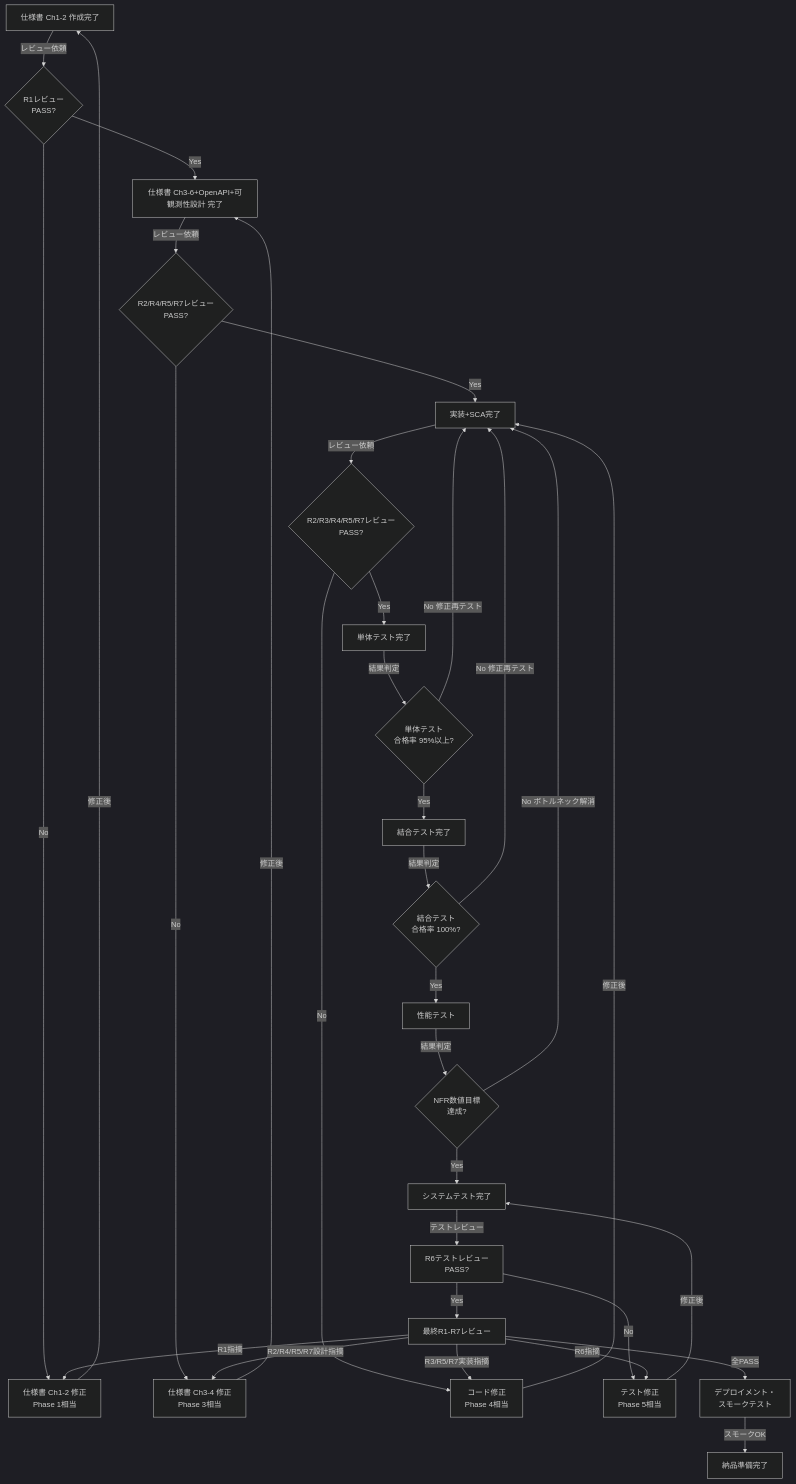
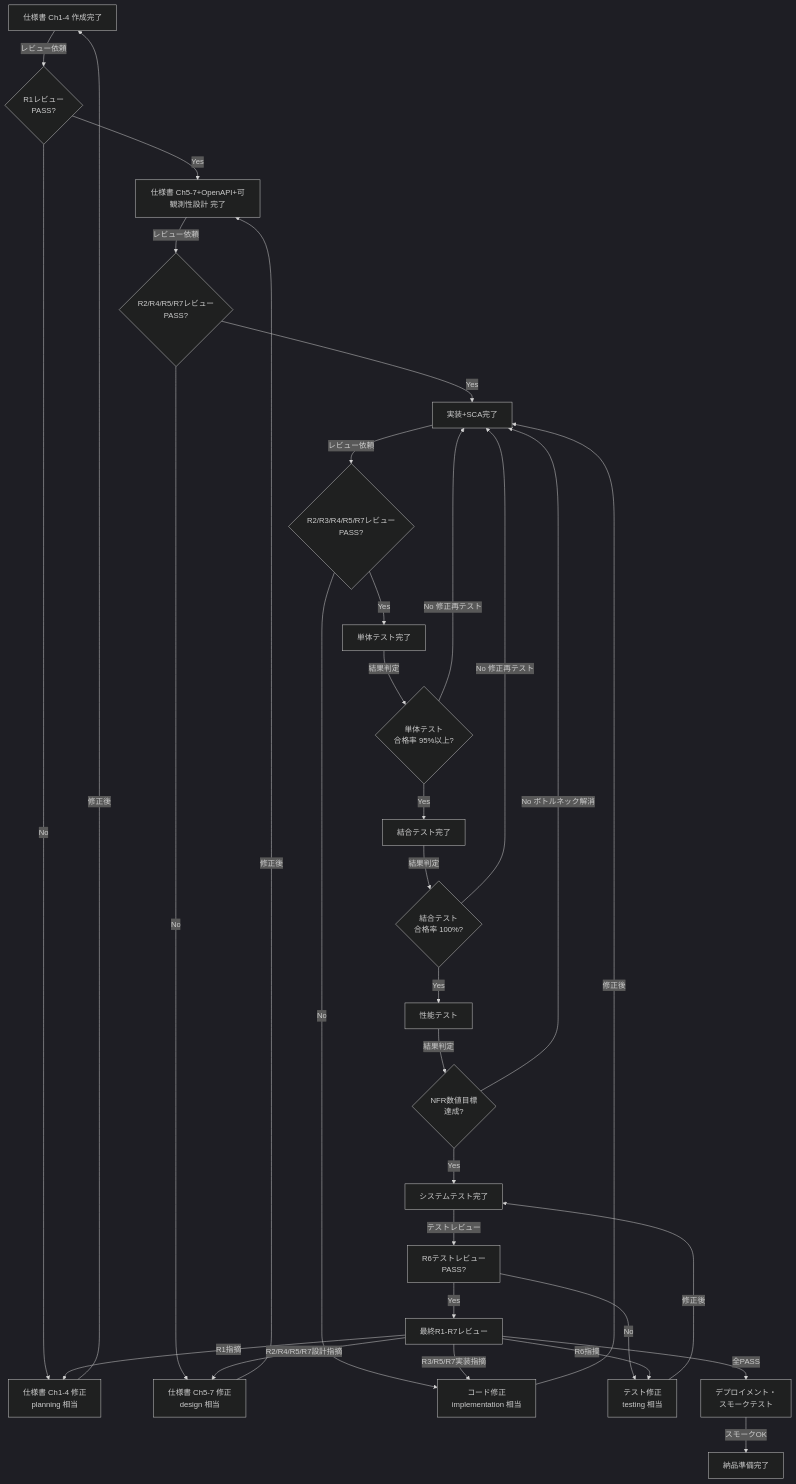
The ninth of 12 diagrams in framework-src/ja/process-rules/full-auto-dev-process-rules.md (GoodRelax/gr-sw-maker), drawn with Mermaid (dark theme) before and after one commit. The commit also changed other lines of this file and 28 other files, not shown here.

````diff
--- a/framework-src/ja/process-rules/full-auto-dev-process-rules.md
+++ b/framework-src/ja/process-rules/full-auto-dev-process-rules.md
@@ -1901,56 +1902,56 @@
 ```mermaid
 flowchart TD
-    Spec1["仕様書 Ch1-2 作成完了"]
+    Spec1["仕様書 Ch1-4 作成完了"]
     Spec1_Review{"R1レビュー<br/>PASS?"}
-    Spec2["仕様書 Ch3-6+OpenAPI+可観測性設計 完了"]
+    Spec2["仕様書 Ch5-7+OpenAPI+可観測性設計 完了"]
     Spec2_Review{"R2/R4/R5/R7レビュー<br/>PASS?"}
     Impl["実装+SCA完了"]
     Code_Review{"R2/R3/R4/R5/R7レビュー<br/>PASS?"}
     UT["単体テスト完了"]
     UT_Gate{"単体テスト<br/>合格率 95%以上?"}
     IT["結合テスト完了"]
     IT_Gate{"結合テスト<br/>合格率 100%?"}
     PerfT["性能テスト"]
     Perf_Gate{"NFR数値目標<br/>達成?"}
     ST["システムテスト完了"]
     TR["R6テストレビュー<br/>PASS?"]
     Final["最終R1-R7レビュー"]
-    R1Fail["仕様書 Ch1-2 修正<br/>Phase 1相当"]
-    R2Fail["仕様書 Ch3-4 修正<br/>Phase 3相当"]
-    R3Fail["コード修正<br/>Phase 4相当"]
-    R6Fail["テスト修正<br/>Phase 5相当"]
+    R1Fail["仕様書 Ch1-4 修正<br/>planning 相当"]
+    R2Fail["仕様書 Ch5-7 修正<br/>design 相当"]
+    R3Fail["コード修正<br/>implementation 相当"]
+    R6Fail["テスト修正<br/>testing 相当"]
     Deploy["デプロイメント・<br/>スモークテスト"]
     Done["納品準備完了"]
 
     Spec1 -->|"レビュー依頼"| Spec1_Review
     Spec1_Review -->|"Yes"| Spec2
     Spec1_Review -->|"No"| R1Fail
     R1Fail -->|"修正後"| Spec1
     Spec2 -->|"レビュー依頼"| Spec2_Review
     Spec2_Review -->|"Yes"| Impl
     Spec2_Review -->|"No"| R2Fail
     R2Fail -->|"修正後"| Spec2
     Impl -->|"レビュー依頼"| Code_Review
     Code_Review -->|"Yes"| UT
     Code_Review -->|"No"| R3Fail
     R3Fail -->|"修正後"| Impl
     UT -->|"結果判定"| UT_Gate
     UT_Gate -->|"Yes"| IT
     UT_Gate -->|"No 修正再テスト"| Impl
     IT -->|"結果判定"| IT_Gate
     IT_Gate -->|"Yes"| PerfT
     IT_Gate -->|"No 修正再テスト"| Impl
     PerfT -->|"結果判定"| Perf_Gate
     Perf_Gate -->|"Yes"| ST
     Perf_Gate -->|"No ボトルネック解消"| Impl
     ST -->|"テストレビュー"| TR
     TR -->|"Yes"| Final
     TR -->|"No"| R6Fail
     R6Fail -->|"修正後"| ST
     Final -->|"R1指摘"| R1Fail
     Final -->|"R2/R4/R5/R7設計指摘"| R2Fail
     Final -->|"R3/R5/R7実装指摘"| R3Fail
     Final -->|"R6指摘"| R6Fail
     Final -->|"全PASS"| Deploy
     Deploy -->|"スモークOK"| Done
 ```
````
